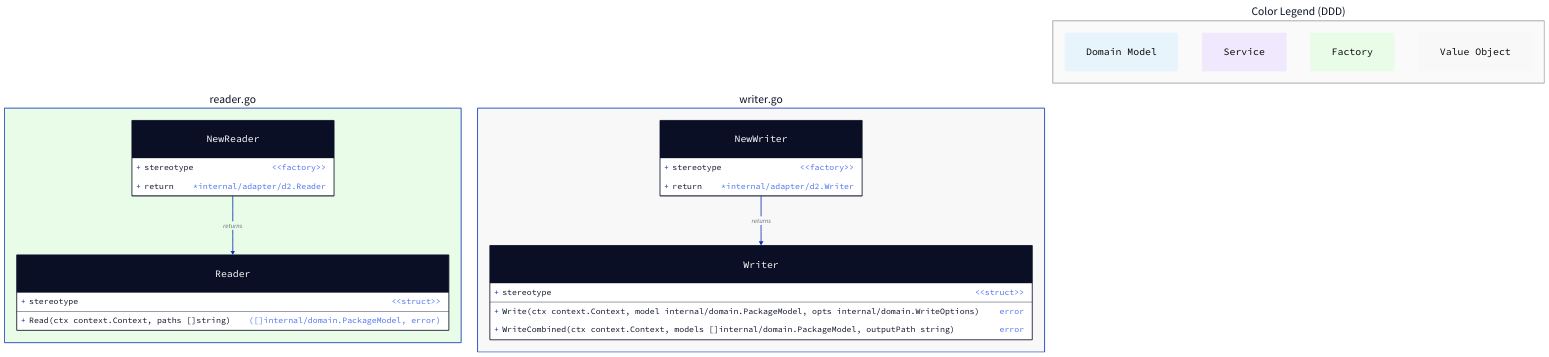
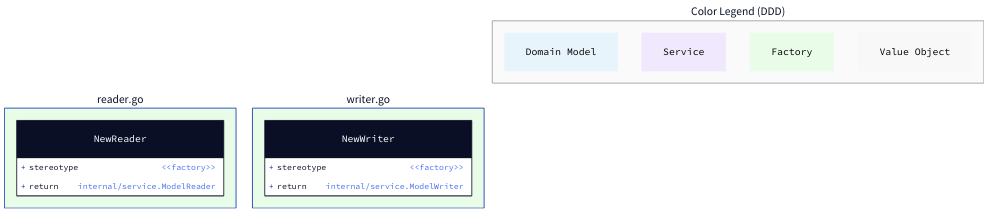
One commit to kgatilin/wyrd changed the diagram in internal/adapter/d2/.arch/pub.d2. Above: the diagram before and after it, drawn with D2. The commit also changed 14 other files, not shown here.

First line of the commit message:
Regenerate diagrams and update D2 adapter formatting

```diff
--- a/internal/adapter/d2/.arch/pub.d2
+++ b/internal/adapter/d2/.arch/pub.d2
@@ -1,82 +1,65 @@
 # d2 package
 
 # Legend
 legend: {
   label: "Color Legend (DDD)"
   style.stroke: "#999"
   style.fill: "#fafafa"
   near: top-right
 
   aggregate: {
     label: "Domain Model"
     shape: class
     style.fill: "#e8f4fc"
     style.font-color: "#000"
   }
   service: {
     label: "Service"
     shape: class
     style.fill: "#f0e8fc"
     style.font-color: "#000"
   }
   factory: {
     label: "Factory"
     shape: class
     style.fill: "#e8fce8"
     style.font-color: "#000"
   }
   options: {
     label: "Value Object"
     shape: class
     style.fill: "#f8f8f8"
     style.font-color: "#000"
   }
 }
 
 # Files
 reader: {
   label: "reader.go"
   style.fill: "#e8fce8"
 
-  Reader: {
-    shape: class
-    stereotype: "<<struct>>"
-
-    "+Read(ctx context.Context, paths []string)": "([]internal/domain.PackageModel, error)"
-  }
-
   NewReader: {
     shape: class
     stereotype: "<<factory>>"
 
-    "return": "*internal/adapter/d2.Reader"
+    "return": "internal/service.ModelReader"
   }
 
 
 }
 
 writer: {
   label: "writer.go"
-  style.fill: "#f8f8f8"
-
-  Writer: {
-    shape: class
-    stereotype: "<<struct>>"
-
-    "+Write(ctx context.Context, model internal/domain.PackageModel, opts internal/domain.WriteOptions)": "error"
-    "+WriteCombined(ctx context.Context, models []internal/domain.PackageModel, outputPath string)": "error"
-  }
+  style.fill: "#e8fce8"
 
   NewWriter: {
     shape: class
     stereotype: "<<factory>>"
 
-    "return": "*internal/adapter/d2.Writer"
+    "return": "internal/service.ModelWriter"
   }
 
 
 }
 
 # Dependencies
-reader.NewReader -> reader.Reader: "returns"
-writer.NewWriter -> writer.Writer: "returns"
```
